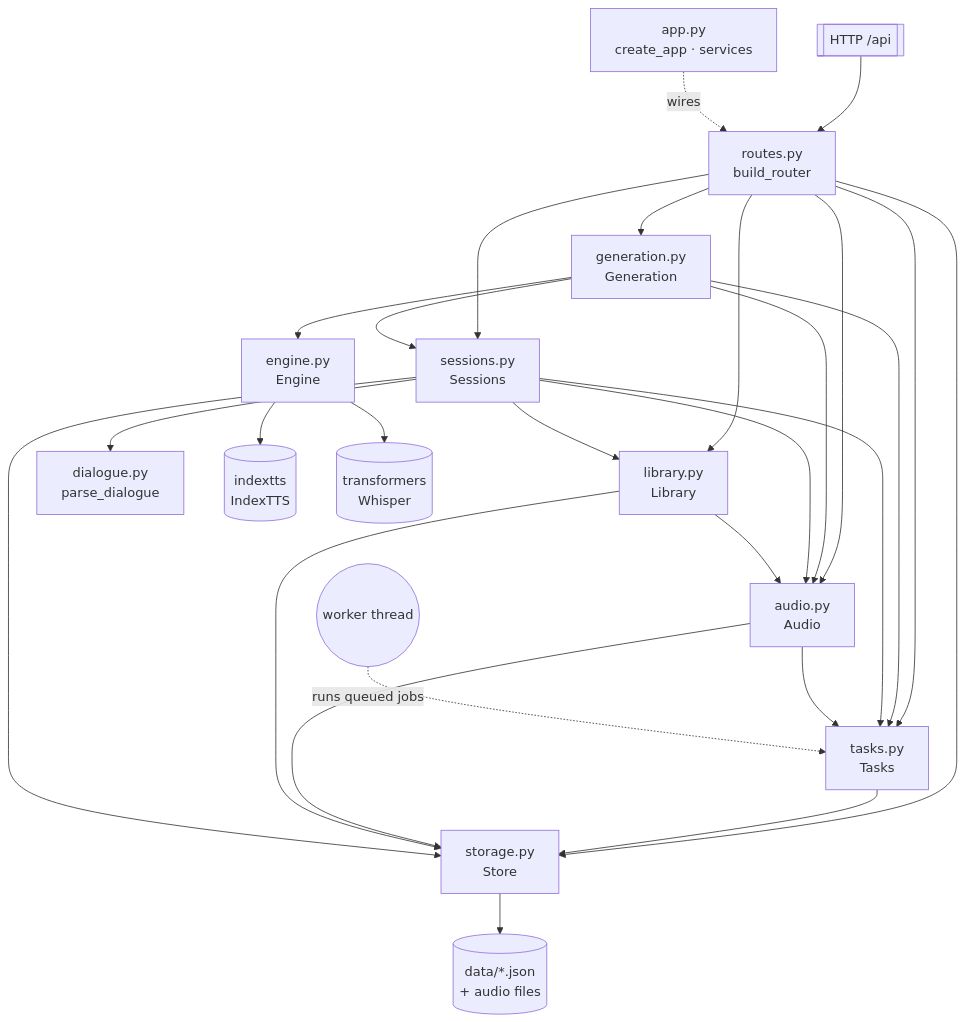
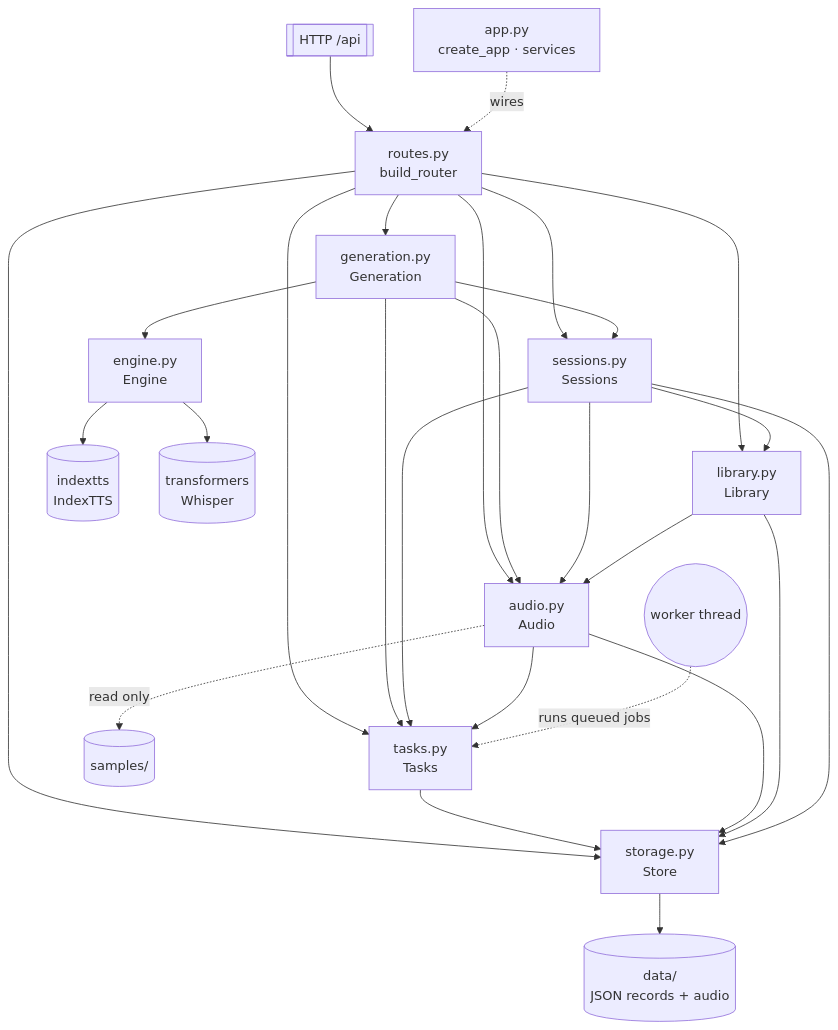
The first of 3 diagrams in docs/architecture.md (Sansui233/index-tts), drawn with Mermaid before and after one commit. The commit also changed other lines of this file and 32 other files, not shown here.

````diff
--- a/docs/architecture.md
+++ b/docs/architecture.md
@@ -7,33 +7,33 @@
 ```mermaid
 flowchart TD
     HTTP[["HTTP /api"]] --> routes["routes.py<br/>build_router"]
     app["app.py<br/>create_app · services"] -. wires .-> routes
 
     routes --> generation["generation.py<br/>Generation"]
     routes --> sessions["sessions.py<br/>Sessions"]
     routes --> library["library.py<br/>Library"]
     routes --> audio["audio.py<br/>Audio"]
     routes --> tasks["tasks.py<br/>Tasks"]
     routes --> store
 
     generation --> tasks
     generation --> engine["engine.py<br/>Engine"]
     generation --> sessions
     generation --> audio
     sessions --> library
     sessions --> audio
-    sessions --> dialogue["dialogue.py<br/>parse_dialogue"]
     sessions --> tasks
     library --> audio
     audio --> tasks
 
     tasks --> store["storage.py<br/>Store"]
     audio --> store
     library --> store
     sessions --> store
 
     engine --> indextts[("indextts<br/>IndexTTS")]
     engine --> whisper[("transformers<br/>Whisper")]
-    store --> data[("data/*.json<br/>+ audio files")]
+    store --> data[("data/<br/>JSON records + audio")]
+    audio -. read only .-> samples[("samples/")]
     worker(("worker thread")) -. runs queued jobs .-> tasks
 ```
````
